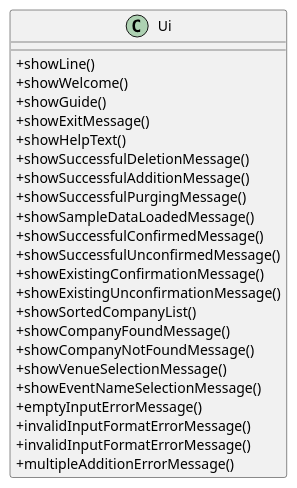
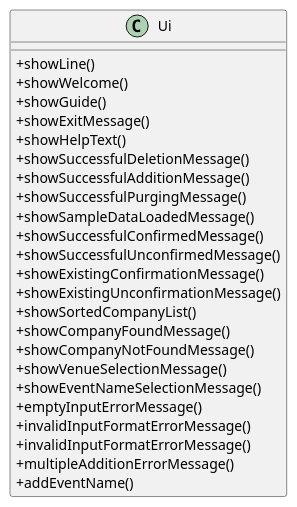
Before and after one commit to nus-cs2113-AY2223S2/tp: the diagram in docs/UML/Ui_class.puml, drawn with PlantUML.

Commit message:
Add new method

```diff
--- a/docs/UML/Ui_class.puml
+++ b/docs/UML/Ui_class.puml
@@ -1,33 +1,34 @@
 @startuml
 'https://plantuml.com/class-diagram
 
 skinparam classAttributeIconSize 0
 
 
 class Ui {
 +showLine()
 +showWelcome()
 +showGuide()
 +showExitMessage()
 +showHelpText()
 +showSuccessfulDeletionMessage()
 +showSuccessfulAdditionMessage()
 +showSuccessfulPurgingMessage()
 +showSampleDataLoadedMessage()
 +showSuccessfulConfirmedMessage()
 +showSuccessfulUnconfirmedMessage()
 +showExistingConfirmationMessage()
 +showExistingUnconfirmationMessage()
 +showSortedCompanyList()
 +showCompanyFoundMessage()
 +showCompanyNotFoundMessage()
 +showVenueSelectionMessage()
 +showEventNameSelectionMessage()
 +emptyInputErrorMessage()
 +invalidInputFormatErrorMessage()
 +invalidInputFormatErrorMessage()
 +multipleAdditionErrorMessage()
++addEventName()
 }
 
 
 @enduml
```
